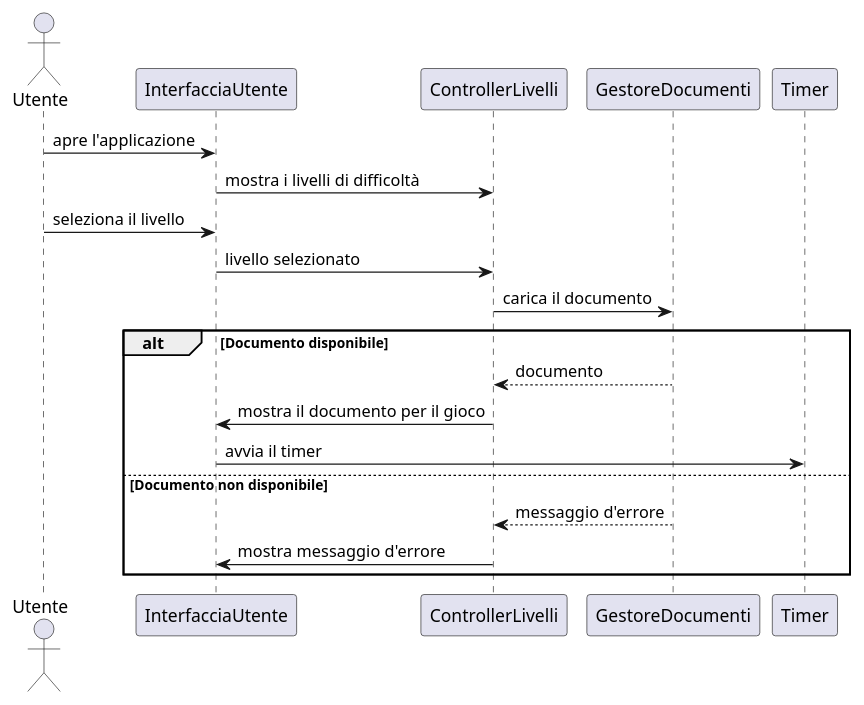
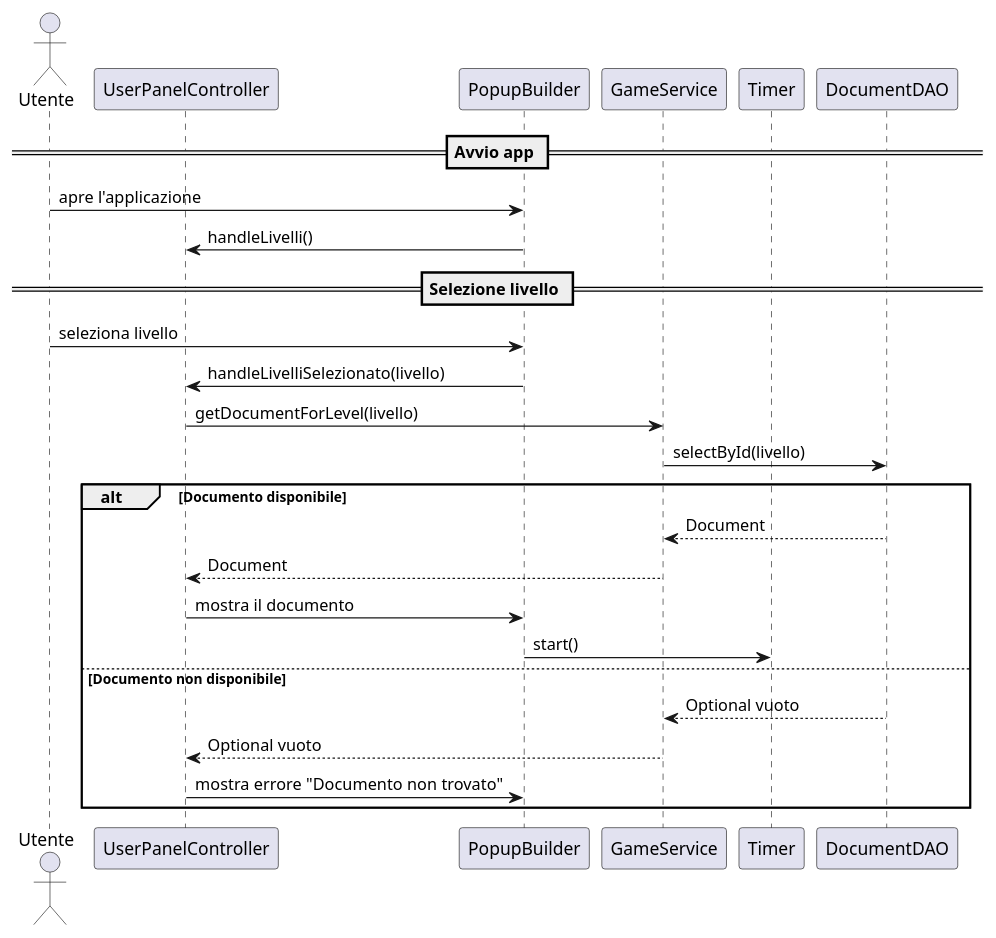
Before and after one commit to Bg735/Wordageddon-Gruppo_16: the diagram in docs/Diagrammi di Sequenza/document.puml, drawn with PlantUML. The commit also changed other lines of this file and 3 other files, not shown here.

Commit message:
update diagrammi di sequenza

```diff
--- a/docs/Diagrammi di Sequenza/document.puml
+++ b/docs/Diagrammi di Sequenza/document.puml
@@ -1,23 +1,28 @@
 @startuml
 actor Utente
-participant "InterfacciaUtente" as UI
-participant "ControllerLivelli" as Controller
-participant "GestoreDocumenti" as Gestore
+participant "UserPanelController" as Controller
+participant "PopupBuilder" as UI
+participant "GameService" as Gestore
 participant "Timer" as Timer
 
+== Avvio app ==
+Utente -> UI : apre l'applicazione
+UI -> Controller : handleLivelli()
 
-Utente -> UI : apre l'applicazione
-UI -> Controller : mostra i livelli di difficoltà
-Utente -> UI : seleziona il livello
-UI -> Controller : livello selezionato
-Controller -> Gestore : carica il documento
+== Selezione livello ==
+Utente -> UI : seleziona livello
+UI -> Controller : handleLivelliSelezionato(livello)
 
+Controller -> Gestore : getDocumentForLevel(livello)
+Gestore -> DocumentDAO : selectById(livello)
 alt Documento disponibile
-    Gestore --> Controller : documento
-    Controller -> UI : mostra il documento per il gioco
-    UI -> Timer : avvia il timer
+    DocumentDAO --> Gestore : Document
+    Gestore --> Controller : Document
+    Controller -> UI : mostra il documento
+    UI -> Timer : start()
 else Documento non disponibile
-    Gestore --> Controller : messaggio d'errore
-    Controller -> UI : mostra messaggio d'errore
+    DocumentDAO --> Gestore : Optional vuoto
+    Gestore --> Controller : Optional vuoto
+    Controller -> UI : mostra errore "Documento non trovato"
 end
 @enduml
```
